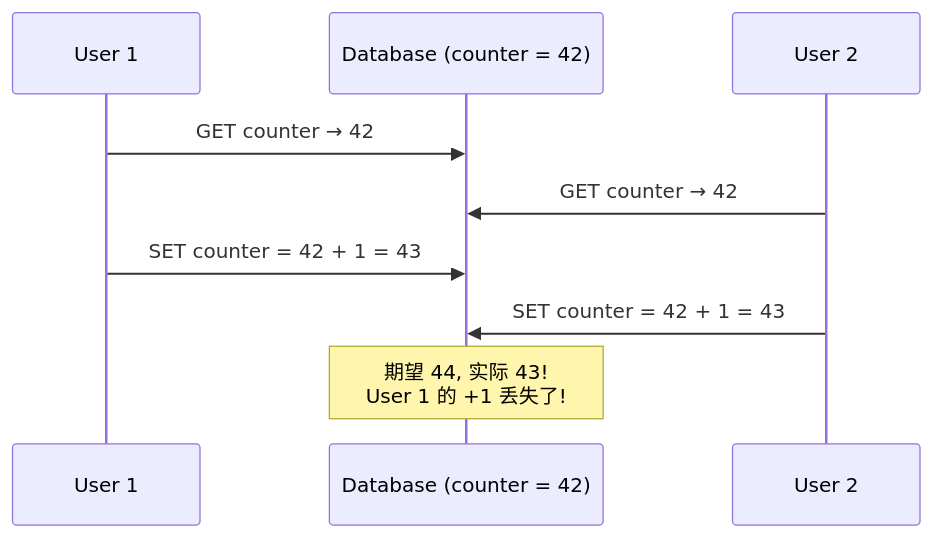
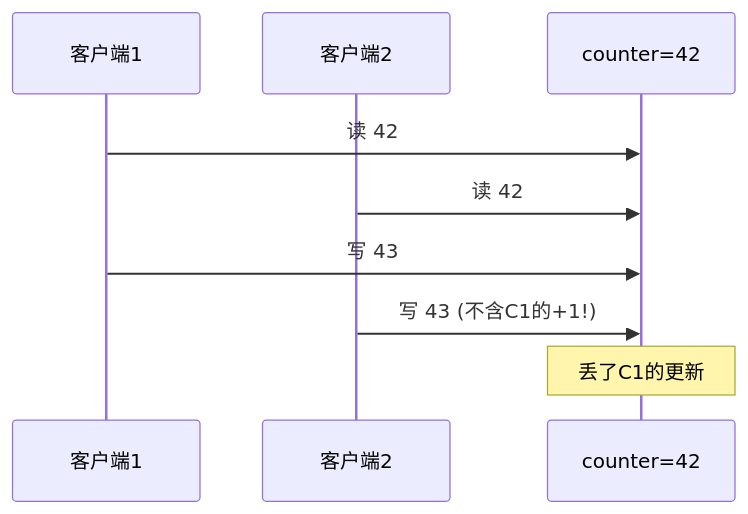
One commit to socoo123/ddia_2nd changed diagram 14 of 40 in ch08-事务.md. Above: the diagram before and after it, drawn with Mermaid. The commit also changed other lines of this file and 8 other files, not shown here.

First line of the commit message:
重写 ch01-ch09 读书笔记：风格统一 + 内容扩充 + 大量图表

````diff
--- a/ch08-事务.md
+++ b/ch08-事务.md
@@ -424,12 +497,11 @@
 ```mermaid
 sequenceDiagram
-    participant U1 as User 1
-    participant DB as Database (counter = 42)
-    participant U2 as User 2
-
-    U1->>DB: GET counter → 42
-    U2->>DB: GET counter → 42
-    U1->>DB: SET counter = 42 + 1 = 43
-    U2->>DB: SET counter = 42 + 1 = 43
-    Note over DB: 期望 44, 实际 43!<br/>User 1 的 +1 丢失了!
+    participant C1 as 客户端1
+    participant C2 as 客户端2
+    participant DB as counter=42
+    C1->>DB: 读 42
+    C2->>DB: 读 42
+    C1->>DB: 写 43
+    C2->>DB: 写 43 (不含C1的+1!)
+    Note over DB: 丢了C1的更新
 ```
````
